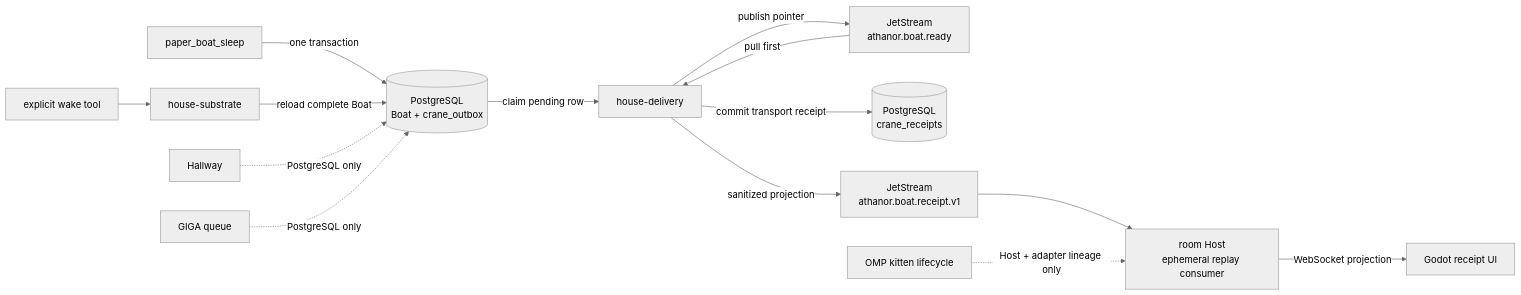
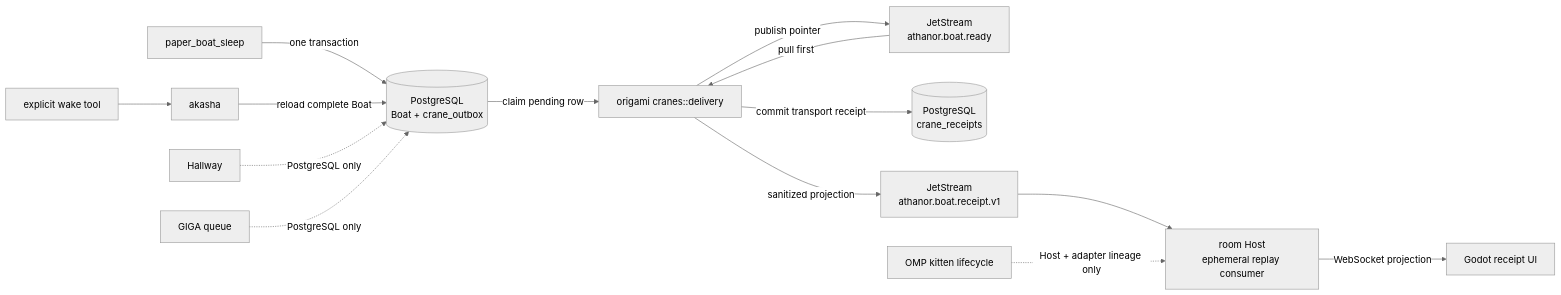
Before and after one commit to solarisael/the-athanor: the second of 4 diagrams in docs/RUNTIME_ARCHITECTURE.md, drawn with Mermaid (neutral theme). The commit also changed other lines of this file and 14 other files, not shown here.

````diff
--- a/docs/RUNTIME_ARCHITECTURE.md
+++ b/docs/RUNTIME_ARCHITECTURE.md
@@ -563,18 +563,18 @@
 ```mermaid
 flowchart LR
   SLEEP["paper_boat_sleep"] -->|"one transaction"| PG[("PostgreSQL<br/>Boat + crane_outbox")]
-  PG -->|"claim pending row"| DELIVERY["house-delivery"]
+  PG -->|"claim pending row"| DELIVERY["origami cranes::delivery"]
   DELIVERY -->|"publish pointer"| READY["JetStream<br/>athanor.boat.ready"]
   READY -->|"pull first"| DELIVERY
   DELIVERY -->|"commit transport receipt"| RECEIPTS[("PostgreSQL<br/>crane_receipts")]
   DELIVERY -->|"sanitized projection"| RECEIPT_STREAM["JetStream<br/>athanor.boat.receipt.v1"]
   RECEIPT_STREAM --> HOST["room Host<br/>ephemeral replay consumer"]
   HOST -->|"WebSocket projection"| GODOT["Godot receipt UI"]
 
-  WAKE["explicit wake tool"] --> SUBSTRATE["house-substrate"]
+  WAKE["explicit wake tool"] --> SUBSTRATE["akasha"]
   SUBSTRATE -->|"reload complete Boat"| PG
 
   HALLWAY["Hallway"] -.->|"PostgreSQL only"| PG
   GIGA["GIGA queue"] -.->|"PostgreSQL only"| PG
   KITTEN["OMP kitten lifecycle"] -.->|"Host + adapter lineage only"| HOST
 ```
````
